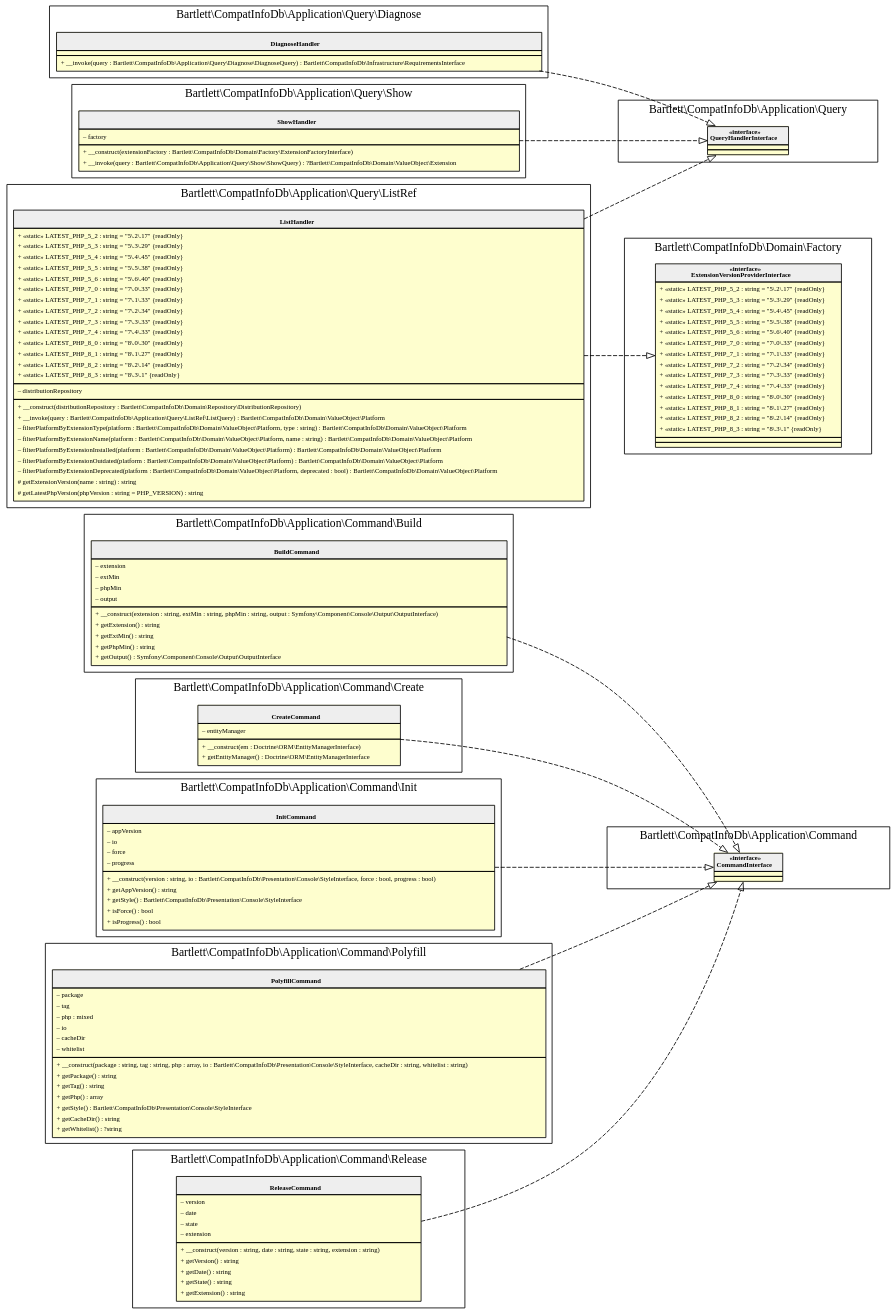
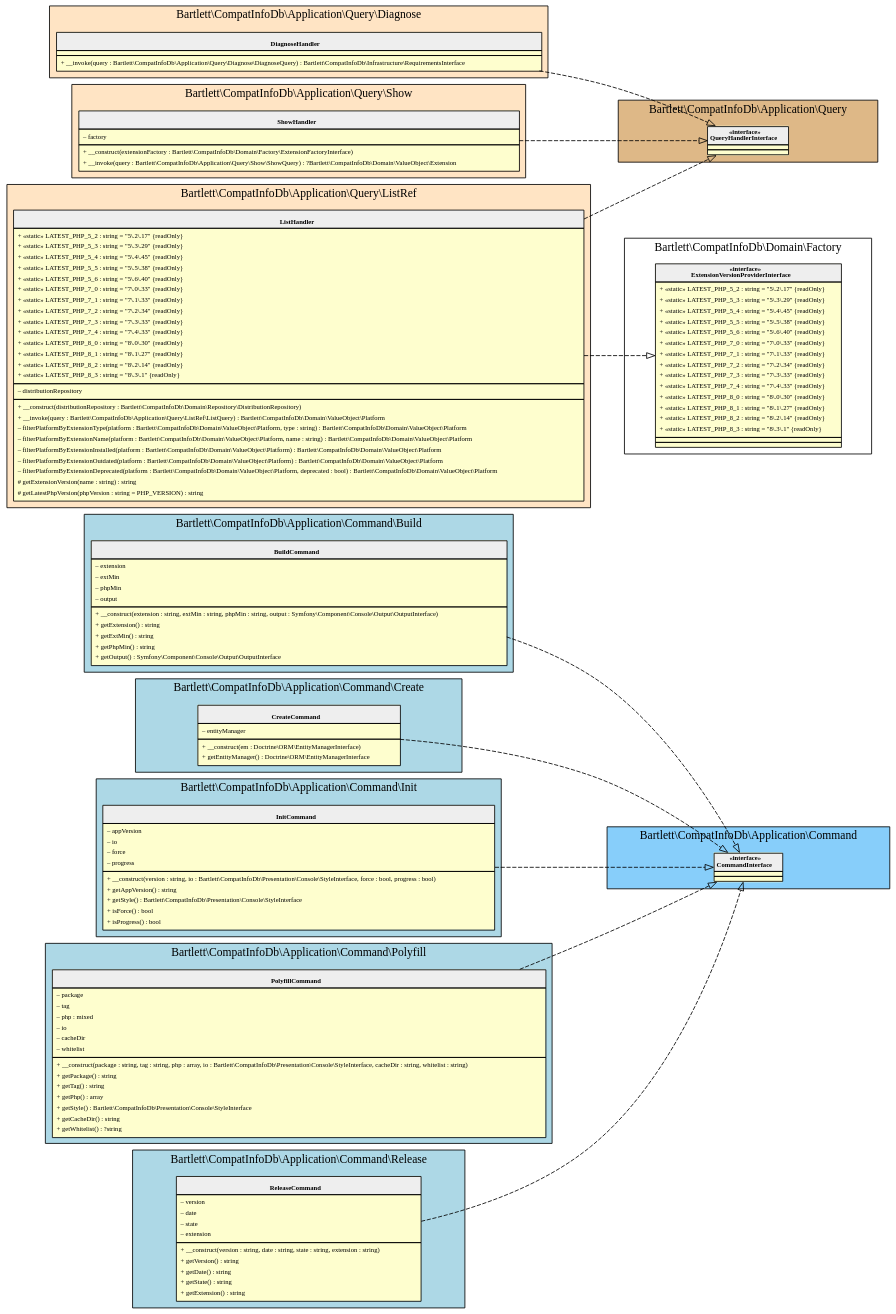
The diagram in 6.1/assets/images/command-line-runner_application_archi.html.gv (llaville/php-compatinfo-db), drawn with Graphviz before and after one commit. The commit also changed 11 other files, not shown here.

```diff
--- a/6.1/assets/images/command-line-runner_application_archi.html.gv
+++ b/6.1/assets/images/command-line-runner_application_archi.html.gv
@@ -3,6 +3,7 @@
   node [fontname="Verdana" fontsize=8 shape="none" margin=0 fillcolor="#FEFECE" style="filled"]
   edge [fontname="Verdana" fontsize=8]
   subgraph cluster_0 {
+    graph [bgcolor="LightBlue"]
     label = "Bartlett\\CompatInfoDb\\Application\\Command\\Build"
     "Bartlett\\CompatInfoDb\\Application\\Command\\Build\\BuildCommand" [shape="none" label=<
 <table cellspacing="0" border="0" cellborder="1">
@@ -23,6 +24,7 @@
 </table>>]
   }
   subgraph cluster_1 {
+    graph [bgcolor="LightSkyBlue"]
     label = "Bartlett\\CompatInfoDb\\Application\\Command"
     "Bartlett\\CompatInfoDb\\Application\\Command\\CommandInterface" [shape="none" label=<
 <table cellspacing="0" border="0" cellborder="1">
@@ -32,6 +34,7 @@
 </table>>]
   }
   subgraph cluster_2 {
+    graph [bgcolor="LightBlue"]
     label = "Bartlett\\CompatInfoDb\\Application\\Command\\Create"
     "Bartlett\\CompatInfoDb\\Application\\Command\\Create\\CreateCommand" [shape="none" label=<
 <table cellspacing="0" border="0" cellborder="1">
@@ -46,6 +49,7 @@
 </table>>]
   }
   subgraph cluster_3 {
+    graph [bgcolor="LightBlue"]
     label = "Bartlett\\CompatInfoDb\\Application\\Command\\Init"
     "Bartlett\\CompatInfoDb\\Application\\Command\\Init\\InitCommand" [shape="none" label=<
 <table cellspacing="0" border="0" cellborder="1">
@@ -66,6 +70,7 @@
 </table>>]
   }
   subgraph cluster_4 {
+    graph [bgcolor="LightBlue"]
     label = "Bartlett\\CompatInfoDb\\Application\\Command\\Polyfill"
     "Bartlett\\CompatInfoDb\\Application\\Command\\Polyfill\\PolyfillCommand" [shape="none" label=<
 <table cellspacing="0" border="0" cellborder="1">
@@ -90,6 +95,7 @@
 </table>>]
   }
   subgraph cluster_5 {
+    graph [bgcolor="LightBlue"]
     label = "Bartlett\\CompatInfoDb\\Application\\Command\\Release"
     "Bartlett\\CompatInfoDb\\Application\\Command\\Release\\ReleaseCommand" [shape="none" label=<
 <table cellspacing="0" border="0" cellborder="1">
@@ -110,6 +116,7 @@
 </table>>]
   }
   subgraph cluster_6 {
+    graph [bgcolor="Bisque"]
     label = "Bartlett\\CompatInfoDb\\Application\\Query\\Diagnose"
     "Bartlett\\CompatInfoDb\\Application\\Query\\Diagnose\\DiagnoseHandler" [shape="none" label=<
 <table cellspacing="0" border="0" cellborder="1">
@@ -121,6 +128,7 @@
 </table>>]
   }
   subgraph cluster_7 {
+    graph [bgcolor="BurlyWood"]
     label = "Bartlett\\CompatInfoDb\\Application\\Query"
     "Bartlett\\CompatInfoDb\\Application\\Query\\QueryHandlerInterface" [shape="none" label=<
 <table cellspacing="0" border="0" cellborder="1">
@@ -130,6 +138,7 @@
 </table>>]
   }
   subgraph cluster_8 {
+    graph [bgcolor="Bisque"]
     label = "Bartlett\\CompatInfoDb\\Application\\Query\\ListRef"
     "Bartlett\\CompatInfoDb\\Application\\Query\\ListRef\\ListHandler" [shape="none" label=<
 <table cellspacing="0" border="0" cellborder="1">
@@ -192,6 +201,7 @@
 </table>>]
   }
   subgraph cluster_10 {
+    graph [bgcolor="Bisque"]
     label = "Bartlett\\CompatInfoDb\\Application\\Query\\Show"
     "Bartlett\\CompatInfoDb\\Application\\Query\\Show\\ShowHandler" [shape="none" label=<
 <table cellspacing="0" border="0" cellborder="1">
```
